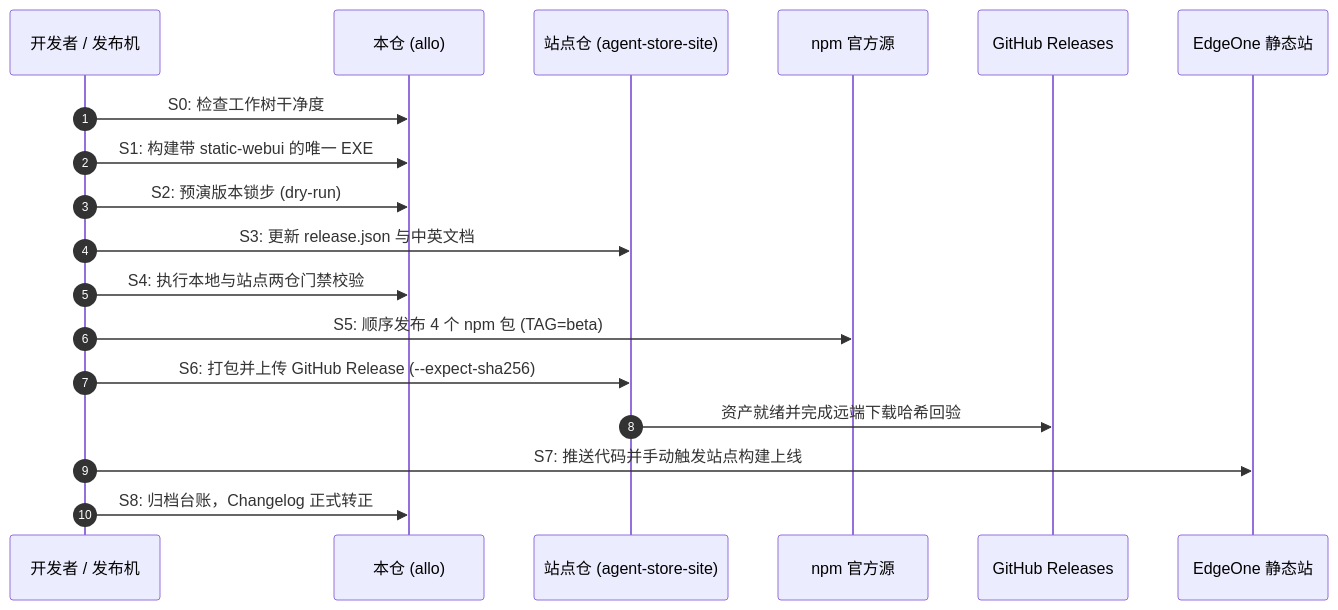
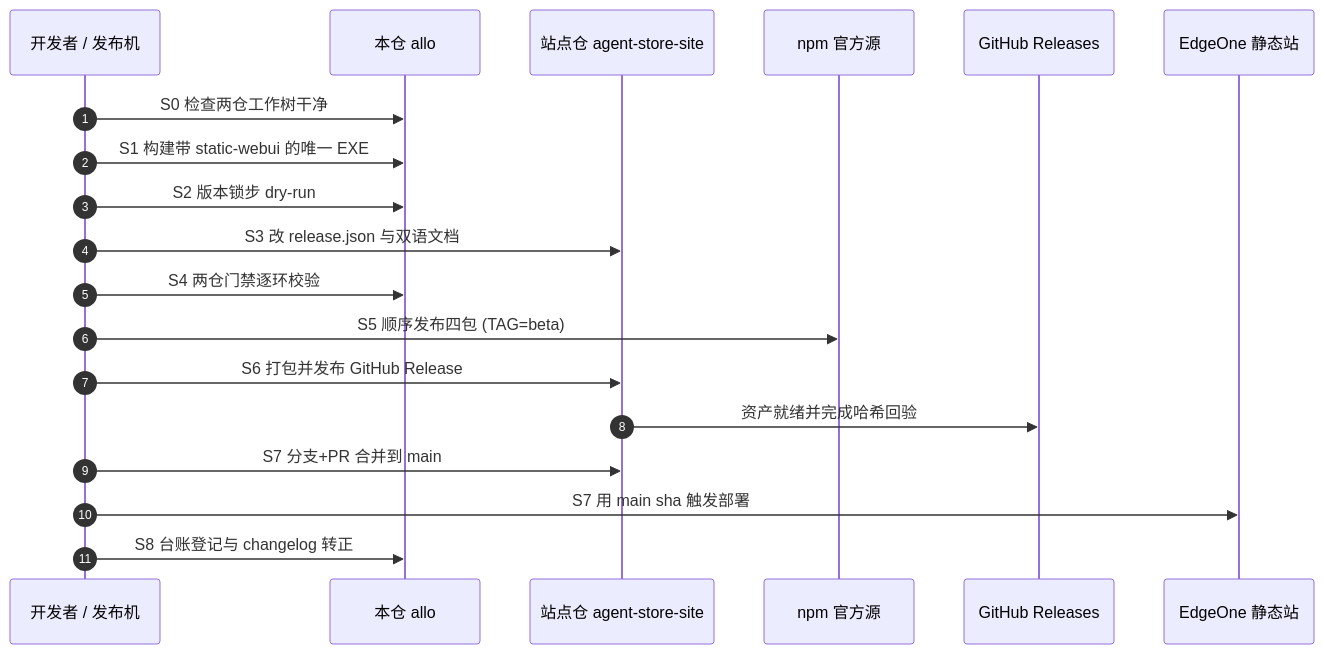
The second of 2 diagrams in docs/agent-store/25-release-runbook.zh.md (Michael-Lfx/allo), drawn with Mermaid before and after one commit. The commit also changed other lines of this file and 9 other files, not shown here.

First line of the commit message:
docs(agent-store): 校准 beta.15 发布手册与文档状态

````diff
--- a/docs/agent-store/25-release-runbook.zh.md
+++ b/docs/agent-store/25-release-runbook.zh.md
@@ -90,21 +109,22 @@
 ```mermaid
 sequenceDiagram
     autonumber
     participant Dev as 开发者 / 发布机
-    participant Repo as 本仓 (allo)
-    participant Site as 站点仓 (agent-store-site)
+    participant Repo as 本仓 allo
+    participant Site as 站点仓 agent-store-site
     participant NPM as npm 官方源
     participant GH as GitHub Releases
     participant Edge as EdgeOne 静态站
 
-    Dev->>Repo: S0: 检查工作树干净度
-    Dev->>Repo: S1: 构建带 static-webui 的唯一 EXE
-    Dev->>Repo: S2: 预演版本锁步 (dry-run)
-    Dev->>Site: S3: 更新 release.json 与中英文档
-    Dev->>Repo: S4: 执行本地与站点两仓门禁校验
-    Dev->>NPM: S5: 顺序发布 4 个 npm 包 (TAG=beta)
-    Dev->>Site: S6: 打包并上传 GitHub Release (--expect-sha256)
-    Site->>GH: 资产就绪并完成远端下载哈希回验
-    Dev->>Edge: S7: 推送代码并手动触发站点构建上线
-    Dev->>Repo: S8: 归档台账，Changelog 正式转正
+    Dev->>Repo: S0 检查两仓工作树干净
+    Dev->>Repo: S1 构建带 static-webui 的唯一 EXE
+    Dev->>Repo: S2 版本锁步 dry-run
+    Dev->>Site: S3 改 release.json 与双语文档
+    Dev->>Repo: S4 两仓门禁逐环校验
+    Dev->>NPM: S5 顺序发布四包 (TAG=beta)
+    Dev->>Site: S6 打包并发布 GitHub Release
+    Site->>GH: 资产就绪并完成哈希回验
+    Dev->>Site: S7 分支+PR 合并到 main
+    Dev->>Edge: S7 用 main sha 触发部署
+    Dev->>Repo: S8 台账登记与 changelog 转正
 ```
````
